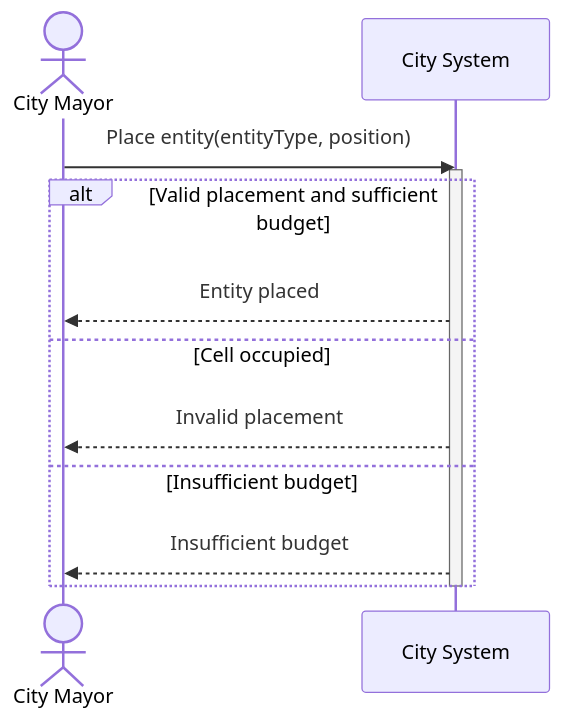
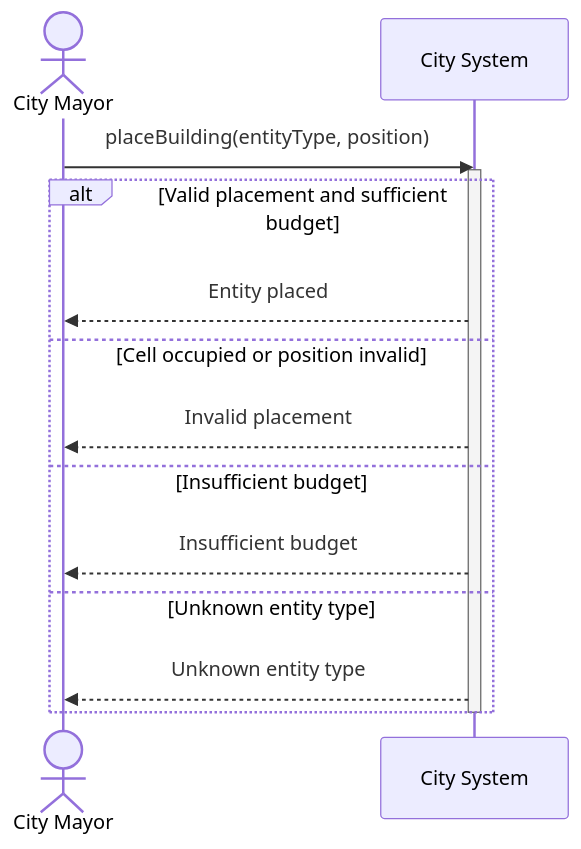
Before and after one commit to andreatoson3-netizen/Amatriciana: the diagram in docs/SSD/ssd-place-entity.md, drawn with Mermaid.

````diff
--- a/docs/SSD/ssd-place-entity.md
+++ b/docs/SSD/ssd-place-entity.md
@@ -1,18 +1,20 @@
 ```mermaid
 sequenceDiagram
     actor Mayor as City Mayor
     participant System as City System
 
-    Mayor->>System: Place entity(entityType, position)
+    Mayor->>System: placeBuilding(entityType, position)
     activate System
 
     alt Valid placement and sufficient budget
         System-->>Mayor: Entity placed
-    else Cell occupied
+    else Cell occupied or position invalid
         System-->>Mayor: Invalid placement
     else Insufficient budget
         System-->>Mayor: Insufficient budget
+    else Unknown entity type
+        System-->>Mayor: Unknown entity type
     end
 
     deactivate System
 ```
````
